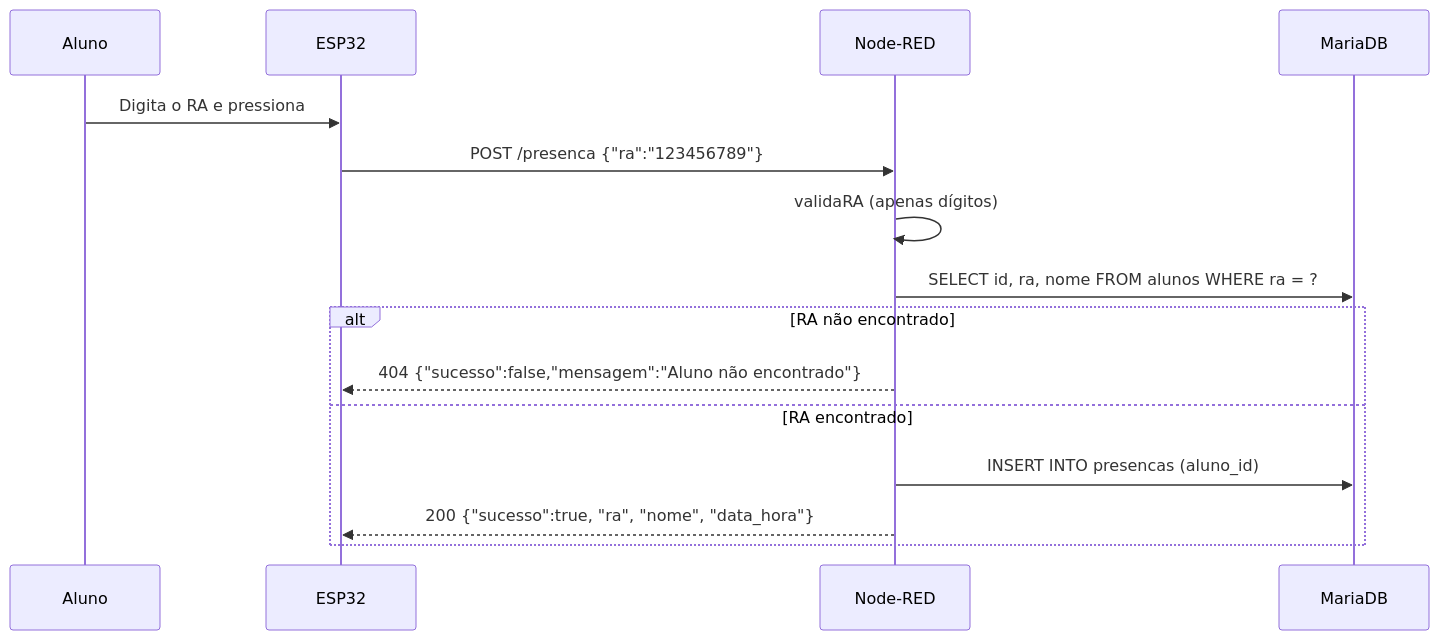
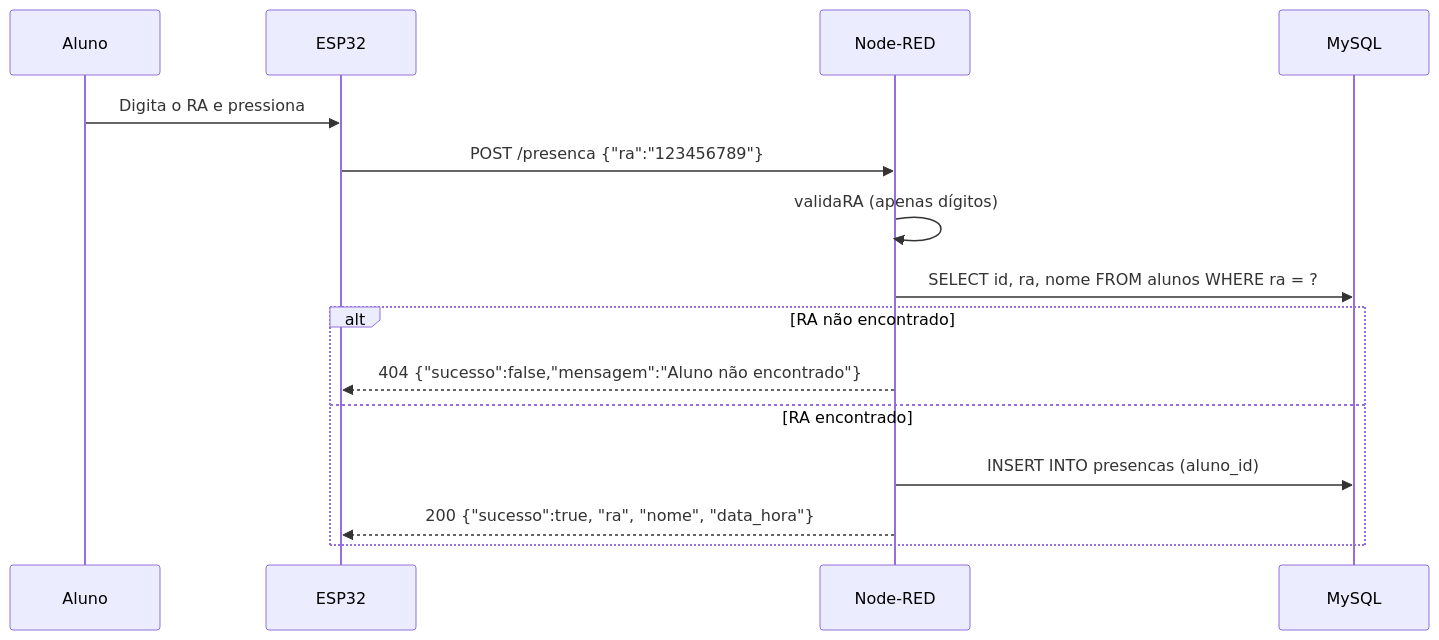
The second of 3 diagrams in README.md (GMaruccio/Controle-De-Presenca), drawn with Mermaid before and after one commit. The commit also changed other lines of this file, not shown here.

````diff
--- a/README.md
+++ b/README.md
@@ -148,17 +148,17 @@
 ```mermaid
 sequenceDiagram
     participant A as Aluno
     participant E as ESP32
     participant N as Node-RED
-    participant B as MariaDB
+    participant B as MySQL
     A->>E: Digita o RA e pressiona #
     E->>N: POST /presenca {"ra":"123456789"}
     N->>N: validaRA (apenas dígitos)
     N->>B: SELECT id, ra, nome FROM alunos WHERE ra = ?
     alt RA não encontrado
         N-->>E: 404 {"sucesso":false,"mensagem":"Aluno não encontrado"}
     else RA encontrado
         N->>B: INSERT INTO presencas (aluno_id)
         N-->>E: 200 {"sucesso":true, "ra", "nome", "data_hora"}
     end
 ```
````
